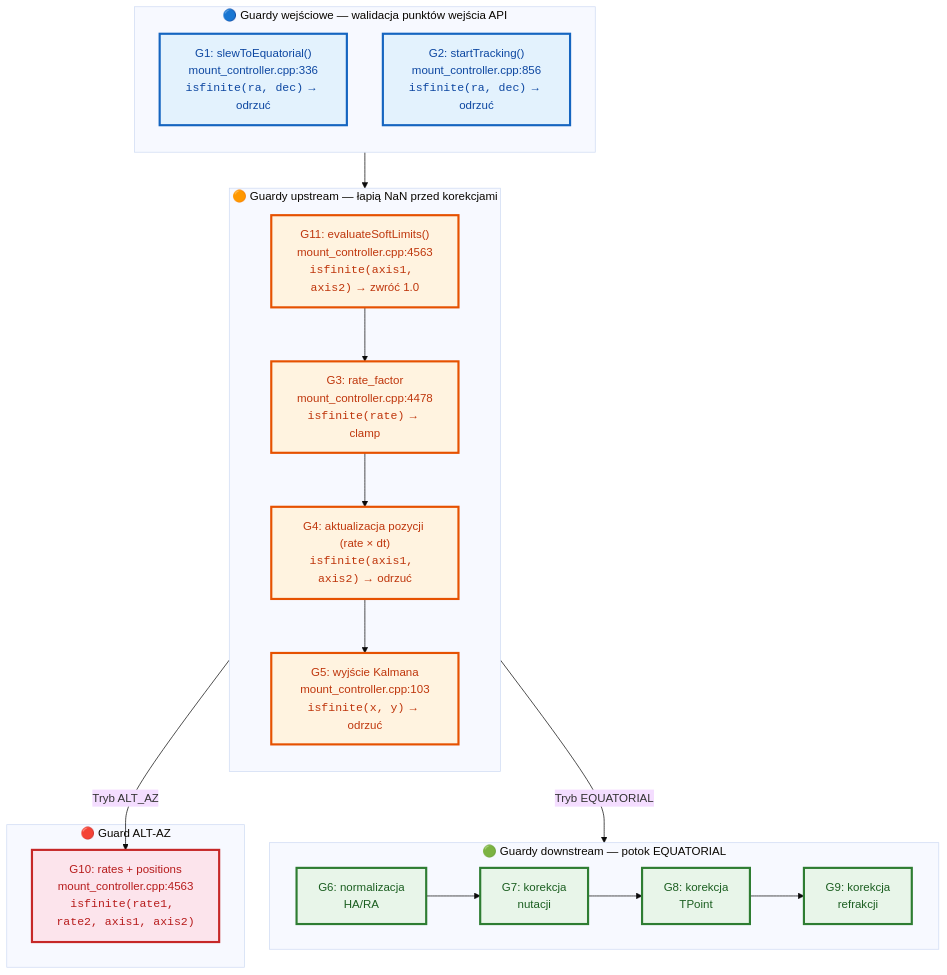
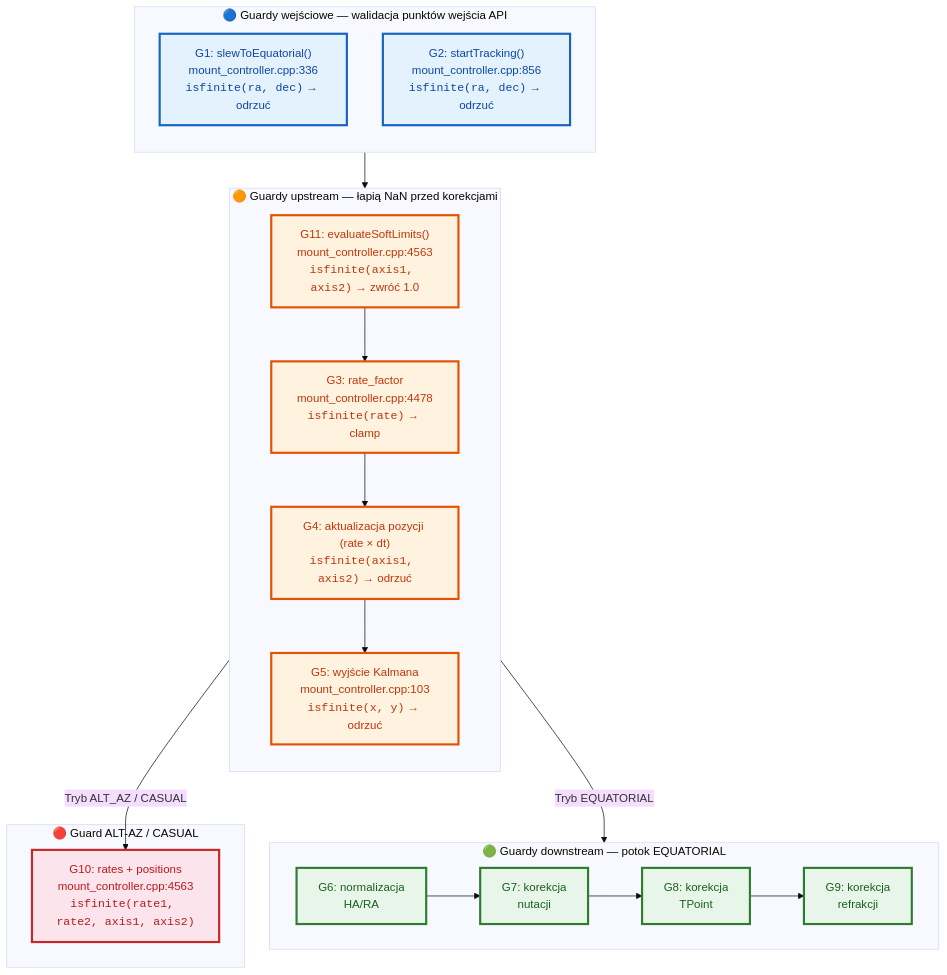
One commit to pielaszkiewicz-jacek/astro_mount_control changed the third of 3 diagrams in docs/pl/architecture.md. Above: the diagram before and after it, drawn with Mermaid (base theme). The commit also changed 4 other files, not shown here.

````diff
--- a/docs/pl/architecture.md
+++ b/docs/pl/architecture.md
@@ -406,47 +406,47 @@
 ```mermaid
 flowchart TB
     %% Style
     classDef input fill:#e3f2fd,stroke:#1565c0,stroke-width:3px,color:#0d47a1
     classDef upstream fill:#fff3e0,stroke:#e65100,stroke-width:3px,color:#bf360c
     classDef downstream fill:#e8f5e9,stroke:#2e7d32,stroke-width:3px,color:#1b5e20
     classDef altaz fill:#fce4ec,stroke:#c62828,stroke-width:3px,color:#b71c1c
 
     subgraph INPUT["🔵 Guardy wejściowe — walidacja punktów wejścia API"]
         direction TB
         G1["G1: slewToEquatorial()<br/>mount_controller.cpp:336<br/><code>isfinite(ra, dec)</code> → odrzuć"]
         G2["G2: startTracking()<br/>mount_controller.cpp:856<br/><code>isfinite(ra, dec)</code> → odrzuć"]
     end
 
     subgraph UPSTREAM["🟠 Guardy upstream — łapią NaN przed korekcjami"]
         direction TB
         G11["G11: evaluateSoftLimits()<br/>mount_controller.cpp:4563<br/><code>isfinite(axis1, axis2)</code> → zwróć 1.0"]
         G3["G3: rate_factor<br/>mount_controller.cpp:4478<br/><code>isfinite(rate)</code> → clamp"]
         G4["G4: aktualizacja pozycji (rate × dt)<br/><code>isfinite(axis1, axis2)</code> → odrzuć"]
         G5["G5: wyjście Kalmana<br/>mount_controller.cpp:103<br/><code>isfinite(x, y)</code> → odrzuć"]
     end
 
     subgraph DOWNSTREAM["🟢 Guardy downstream — potok EQUATORIAL"]
         direction LR
         G6["G6: normalizacja<br/>HA/RA"]
         G7["G7: korekcja<br/>nutacji"]
         G8["G8: korekcja<br/>TPoint"]
         G9["G9: korekcja<br/>refrakcji"]
     end
 
-    subgraph ALTAZ["🔴 Guard ALT-AZ"]
+    subgraph ALTAZ["🔴 Guard ALT-AZ / CASUAL"]
         G10["G10: rates + positions<br/>mount_controller.cpp:4563<br/><code>isfinite(rate1, rate2, axis1, axis2)</code>"]
     end
 
     INPUT --> G11
     G11 --> G3
     G3 --> G4
     G4 --> G5
     G5 -->|"Tryb EQUATORIAL"| G6
-    G5 -->|"Tryb ALT_AZ"| G10
+    G5 -->|"Tryb ALT_AZ / CASUAL"| G10
     G6 --> G7 --> G8 --> G9
 
     class G1,G2 input
     class G11,G3,G4,G5 upstream
     class G6,G7,G8,G9 downstream
     class G10 altaz
 ```
````
